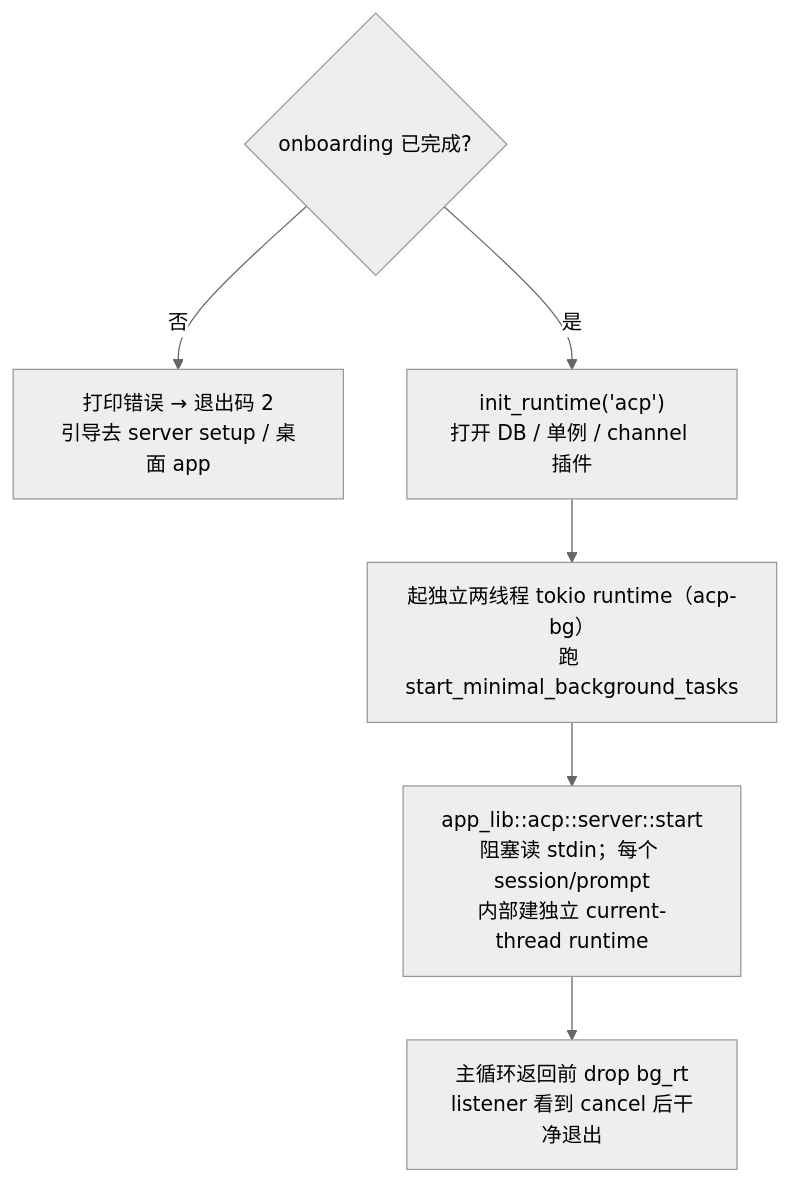
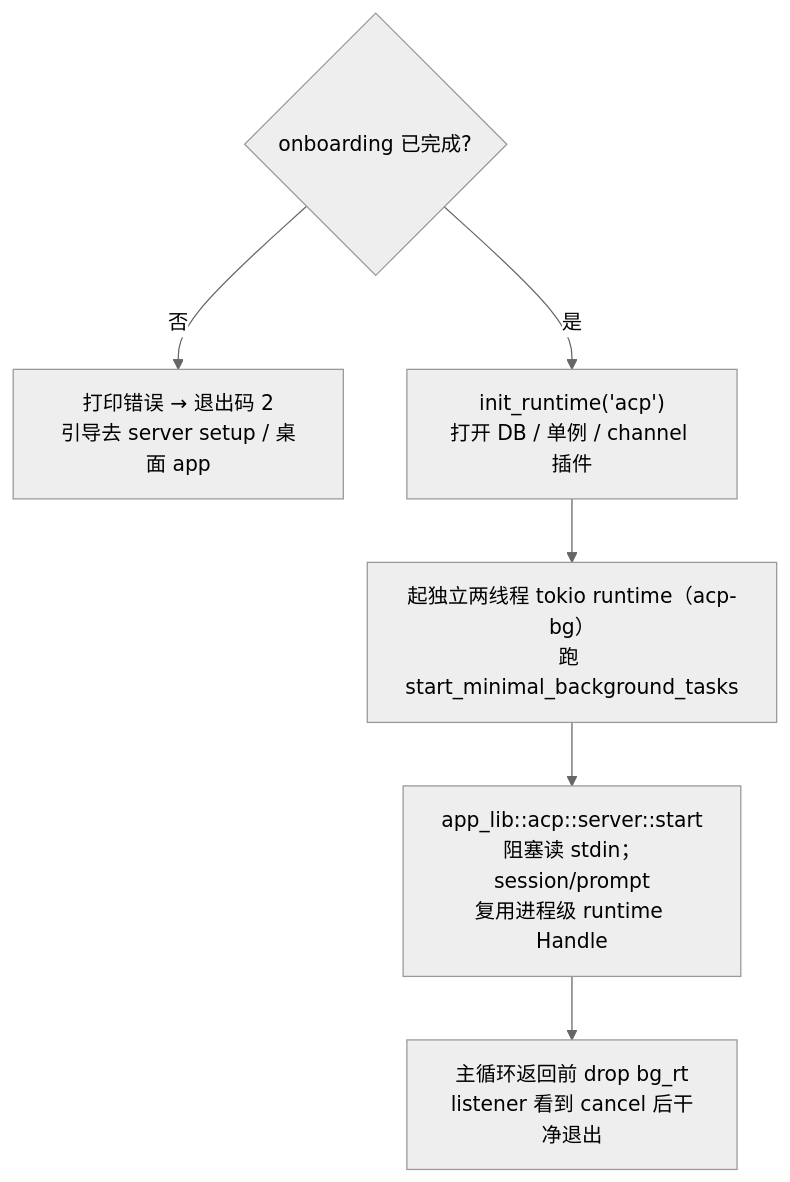
Before and after one commit to gabrielmoreira/agent-skills-mirror: the sixth of 6 diagrams in mirrors/repos/shiwenwen@hope-agent/docs/architecture/system/cli.md, drawn with Mermaid (neutral theme). The commit also changed other lines of this file and 2396 other files, not shown here.

````diff
--- a/mirrors/repos/shiwenwen@hope-agent/docs/architecture/system/cli.md
+++ b/mirrors/repos/shiwenwen@hope-agent/docs/architecture/system/cli.md
@@ -242,8 +242,8 @@
 ```mermaid
 flowchart TD
     A1{"onboarding 已完成?"} -->|否| Fail["打印错误 → 退出码 2<br/>引导去 server setup / 桌面 app"]
     A1 -->|是| A2["init_runtime('acp')<br/>打开 DB / 单例 / channel 插件"]
     A2 --> A3["起独立两线程 tokio runtime（acp-bg）<br/>跑 start_minimal_background_tasks"]
-    A3 --> A4["app_lib::acp::server::start<br/>阻塞读 stdin；每个 session/prompt<br/>内部建独立 current-thread runtime"]
+    A3 --> A4["app_lib::acp::server::start<br/>阻塞读 stdin；session/prompt<br/>复用进程级 runtime Handle"]
     A4 --> A5["主循环返回前 drop bg_rt<br/>listener 看到 cancel 后干净退出"]
 ```
````
